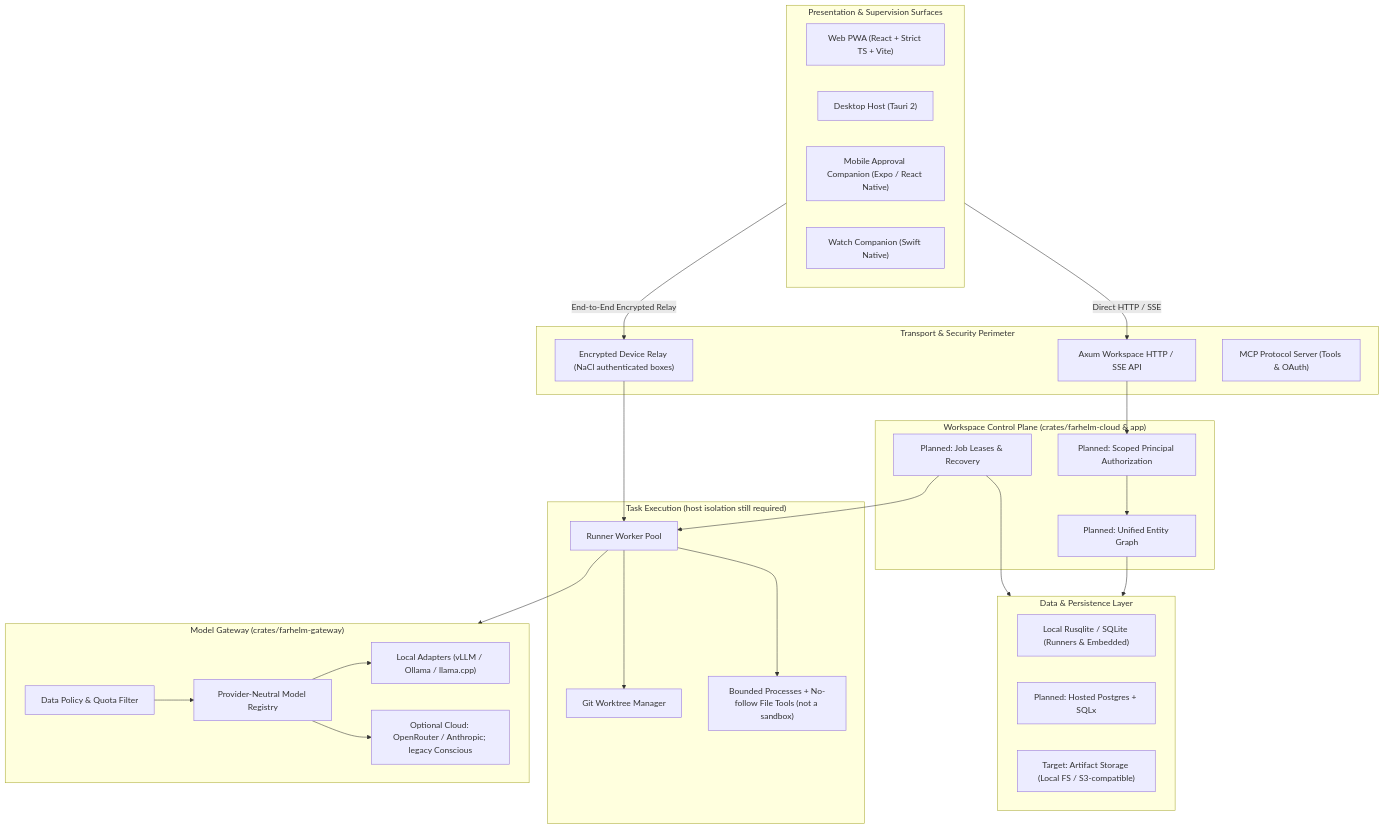
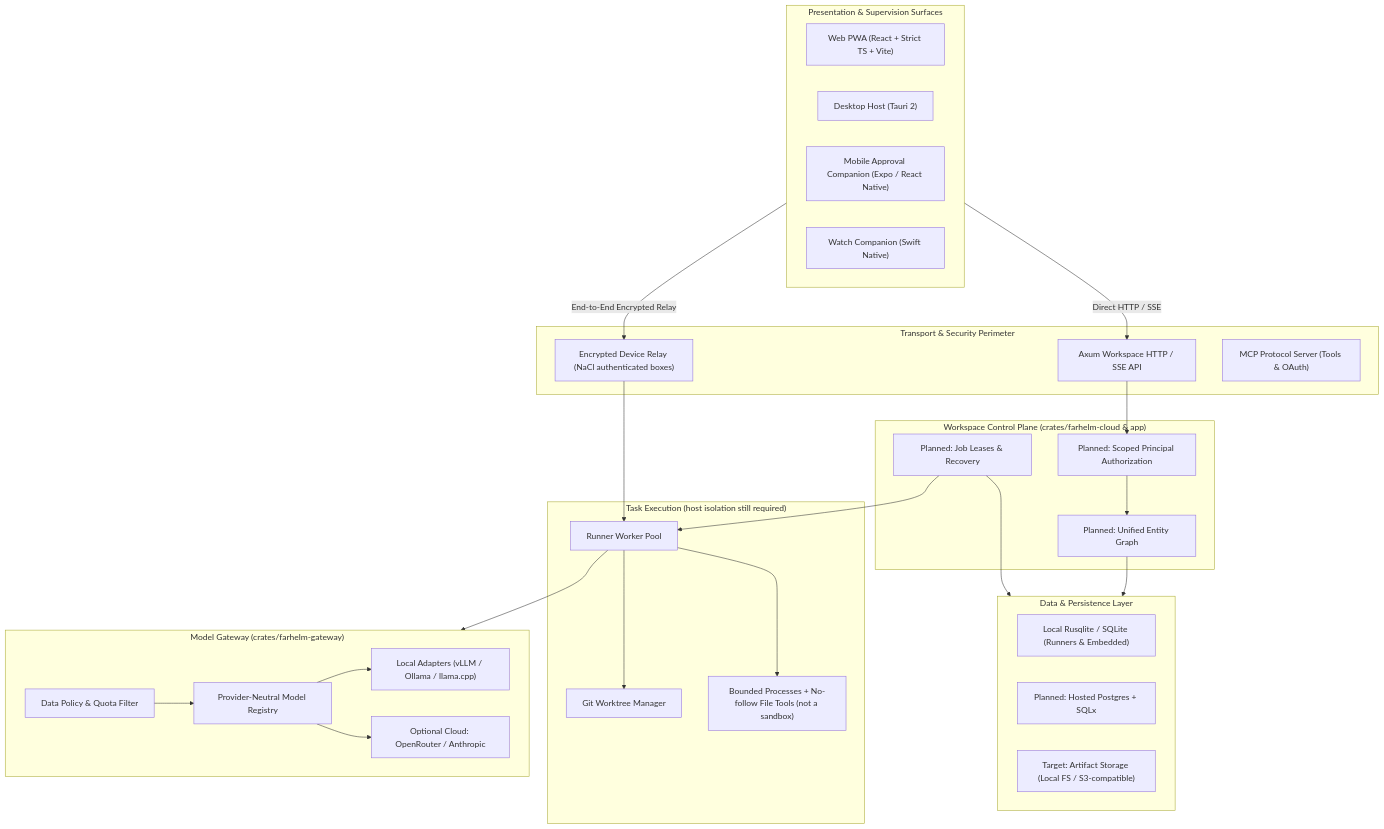
The first of 2 diagrams in docs/system-architecture.md (thisisharshsah/farhelm), drawn with Mermaid before and after one commit. The commit also changed other lines of this file and 15 other files, not shown here.

````diff
--- a/docs/system-architecture.md
+++ b/docs/system-architecture.md
@@ -46,57 +46,57 @@
 ```mermaid
 flowchart TD
     subgraph Clients["Presentation & Supervision Surfaces"]
         WEB["Web PWA (React + Strict TS + Vite)"]
         DESK["Desktop Host (Tauri 2)"]
         MOB["Mobile Approval Companion (Expo / React Native)"]
         WATCH["Watch Companion (Swift Native)"]
     end
 
     subgraph EdgeTransport["Transport & Security Perimeter"]
         RELAY["Encrypted Device Relay (NaCl authenticated boxes)"]
         HTTP_API["Axum Workspace HTTP / SSE API"]
         MCP_SRV["MCP Protocol Server (Tools & OAuth)"]
     end
 
     subgraph ControlPlane["Workspace Control Plane (crates/farhelm-cloud & app)"]
         AUTH["Planned: Scoped Principal Authorization"]
         GRAPH["Planned: Unified Entity Graph"]
         LEASE_COORD["Planned: Job Leases & Recovery"]
     end
 
     subgraph StorageLayer["Data & Persistence Layer"]
         SQLITE_LOCAL["Local Rusqlite / SQLite (Runners & Embedded)"]
         POSTGRES_HOSTED["Planned: Hosted Postgres + SQLx"]
         BLOB_STORE["Target: Artifact Storage (Local FS / S3-compatible)"]
     end
 
     subgraph ExecutionLayer["Task Execution (host isolation still required)"]
         RUNNER_POOL["Runner Worker Pool"]
         WORKTREE_MGR["Git Worktree Manager"]
         PROC_SANDBOX["Bounded Processes + No-follow File Tools (not a sandbox)"]
     end
 
     subgraph InferenceLayer["Model Gateway (crates/farhelm-gateway)"]
         GW_POLICY["Data Policy & Quota Filter"]
         MODEL_REG["Provider-Neutral Model Registry"]
         ADAPT_LOCAL["Local Adapters (vLLM / Ollama / llama.cpp)"]
-        ADAPT_CLOUD["Optional Cloud: OpenRouter / Anthropic; legacy Conscious"]
+        ADAPT_CLOUD["Optional Cloud: OpenRouter / Anthropic"]
     end
 
     Clients -->|Direct HTTP / SSE| HTTP_API
     Clients -->|End-to-End Encrypted Relay| RELAY
     RELAY --> RUNNER_POOL
     HTTP_API --> AUTH
     AUTH --> GRAPH
     GRAPH --> StorageLayer
     LEASE_COORD --> StorageLayer
 
     LEASE_COORD --> RUNNER_POOL
     RUNNER_POOL --> WORKTREE_MGR
     RUNNER_POOL --> PROC_SANDBOX
     RUNNER_POOL --> InferenceLayer
 
     GW_POLICY --> MODEL_REG
     MODEL_REG --> ADAPT_LOCAL
     MODEL_REG --> ADAPT_CLOUD
 ```
````
